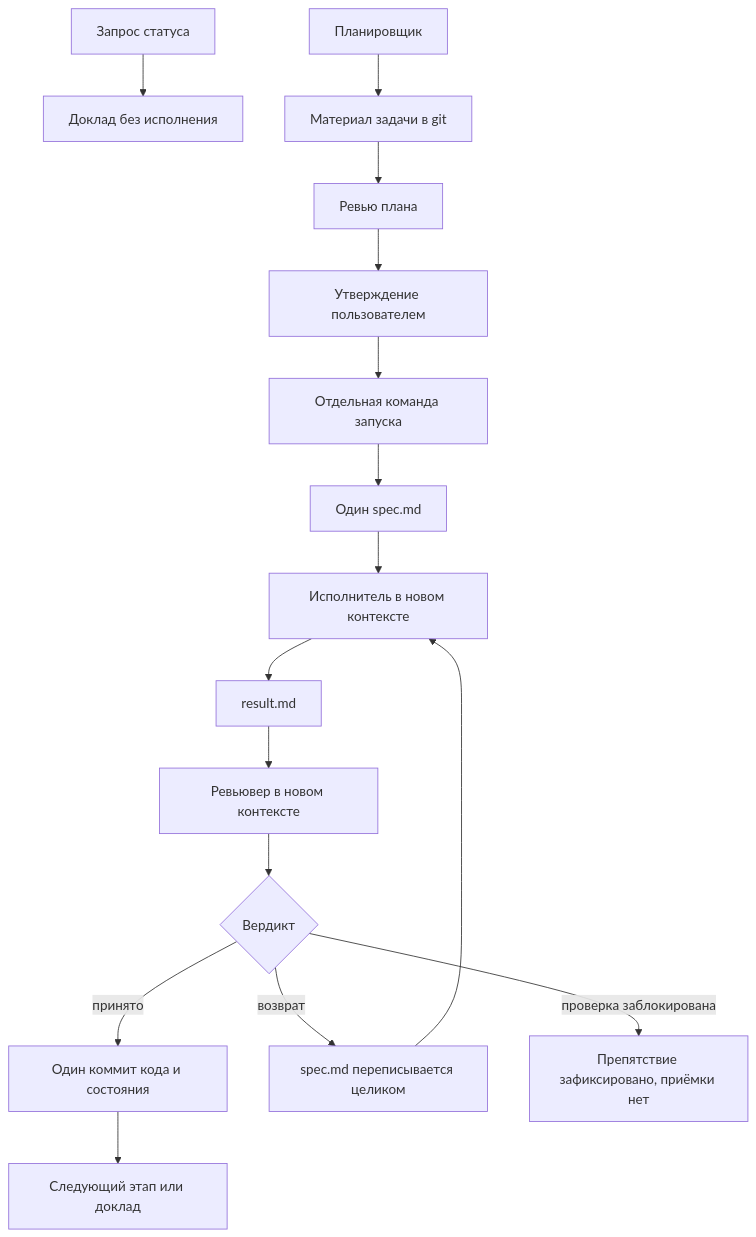
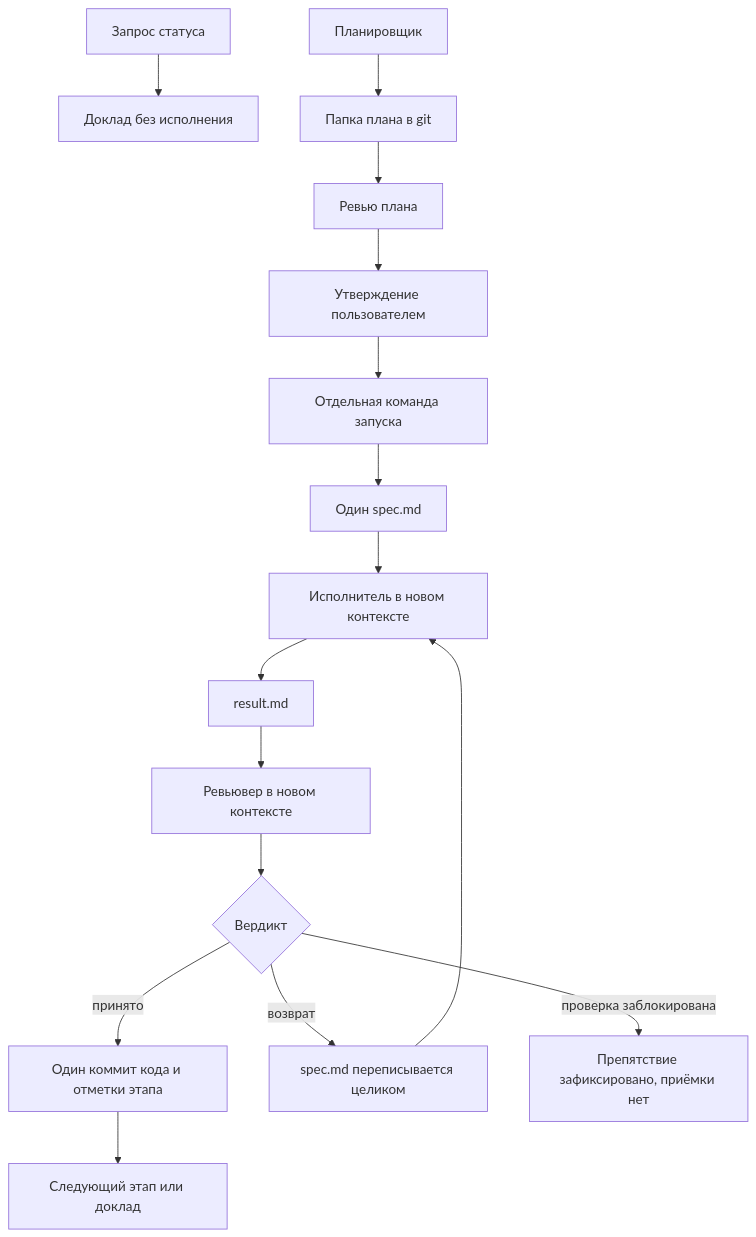
Before and after one commit to asaf1n/AI-Orchestrated-Workflow: the diagram in README.md, drawn with Mermaid. The commit also changed other lines of this file and 5 other files, not shown here.

````diff
--- a/README.md
+++ b/README.md
@@ -30,18 +19,18 @@
 ```mermaid
 flowchart TD
   status[Запрос статуса] --> report[Доклад без исполнения]
-  planner[Планировщик] --> material[Материал задачи в git]
+  planner[Планировщик] --> material[Папка плана в git]
   material --> planReview[Ревью плана]
   planReview --> approve[Утверждение пользователем]
   approve --> start[Отдельная команда запуска]
   start --> spec[Один spec.md]
   spec --> impl[Исполнитель в новом контексте]
   impl --> result[result.md]
   result --> review[Ревьювер в новом контексте]
   review --> verdict{Вердикт}
-  verdict -->|принято| commit[Один коммит кода и состояния]
+  verdict -->|принято| commit[Один коммит кода и отметки этапа]
   verdict -->|возврат| rewrite[spec.md переписывается целиком]
   verdict -->|проверка заблокирована| blocked[Препятствие зафиксировано, приёмки нет]
   rewrite --> impl
   commit --> next[Следующий этап или доклад]
 ```
````
